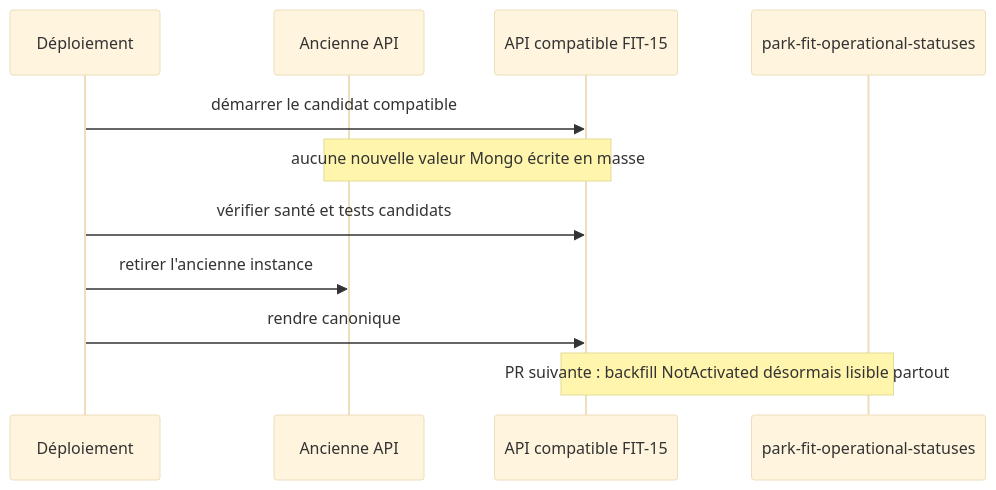
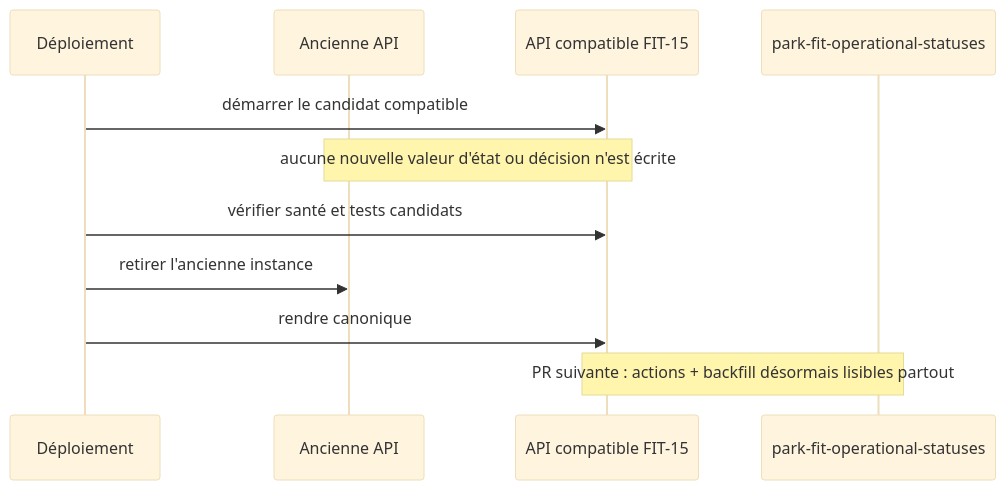
Before and after one commit to Ced59/AmusementParkProject: the third of 4 diagrams in docs/architecture/product-growth-fit-15-portfolio-activation-2026-09-14.md, drawn with Mermaid (base theme). The commit also changed other lines of this file and 7 other files, not shown here.

````diff
--- a/docs/architecture/product-growth-fit-15-portfolio-activation-2026-09-14.md
+++ b/docs/architecture/product-growth-fit-15-portfolio-activation-2026-09-14.md
@@ -173,14 +175,14 @@
 ```mermaid
 sequenceDiagram
     participant D as Déploiement
     participant A0 as Ancienne API
     participant A1 as API compatible FIT-15
     participant S as park-fit-operational-statuses
 
     D->>A1: démarrer le candidat compatible
-    Note over A0,A1: aucune nouvelle valeur Mongo écrite en masse
+    Note over A0,A1: aucune nouvelle valeur d'état ou décision n'est écrite
     D->>A1: vérifier santé et tests candidats
     D->>A0: retirer l'ancienne instance
     D->>A1: rendre canonique
-    Note over A1,S: PR suivante : backfill NotActivated désormais lisible partout
+    Note over A1,S: PR suivante : actions + backfill désormais lisibles partout
 ```
````
